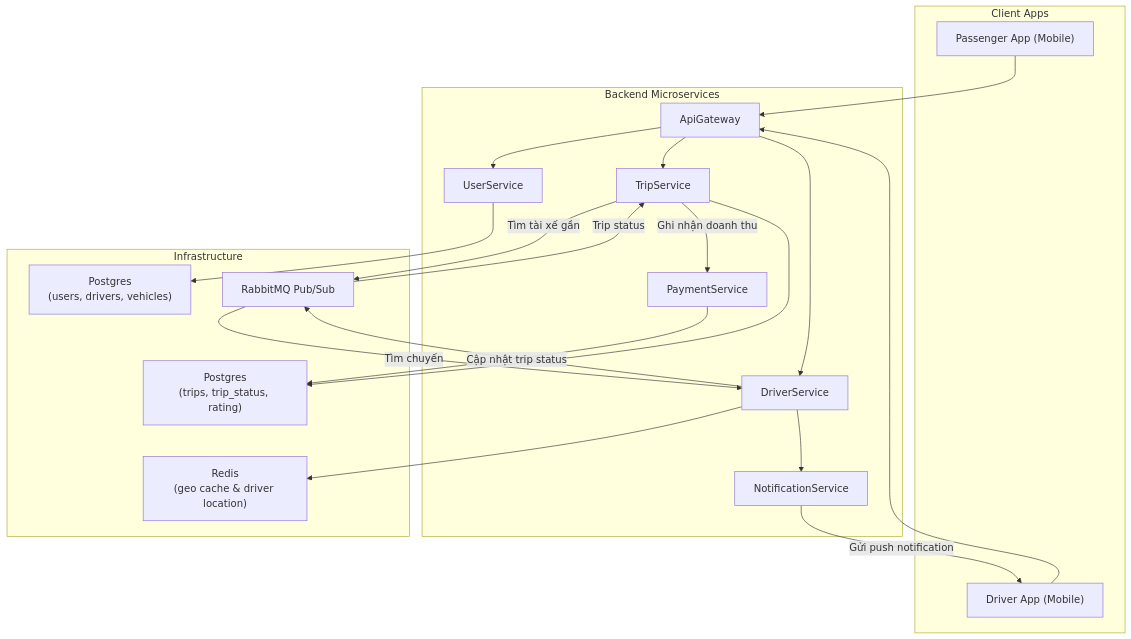
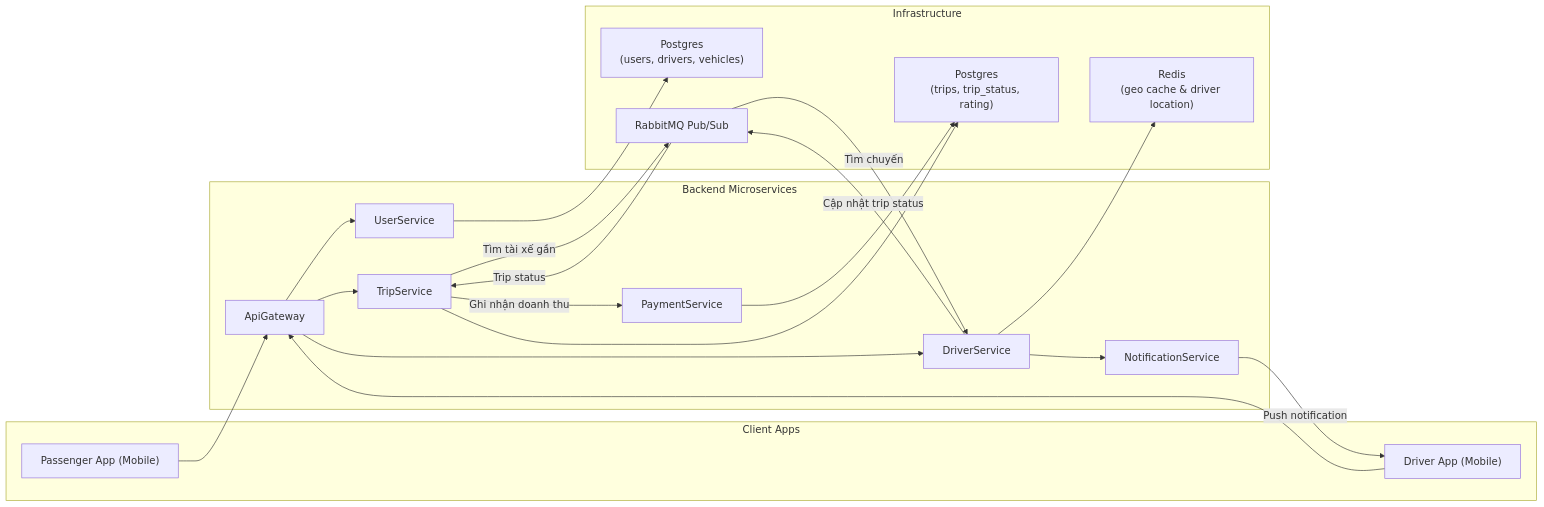
Before and after one commit to LeVanHuy84/uit-go-project: the diagram in ARCHITECTURE.md, drawn with Mermaid.

````diff
--- a/ARCHITECTURE.md
+++ b/ARCHITECTURE.md
@@ -63,58 +63,51 @@
 ```mermaid
-flowchart TD
-  %% =======================
+flowchart LR
   %% CLIENT LAYER
-  %% =======================
   subgraph Clients["Client Apps"]
     Passenger["Passenger App (Mobile)"]
     DriverApp["Driver App (Mobile)"]
   end
 
-  %% =======================
   %% SERVICE LAYER
-  %% =======================
   subgraph Services["Backend Microservices"]
     ApiGateway["ApiGateway"]
     UserSvc["UserService"]
+    TripSvc["TripService"]
     DriverSvc["DriverService"]
-    TripSvc["TripService"]
     NotificationSvc["NotificationService"]
     PaymentSvc["PaymentService"]
   end
 
-  %% =======================
-  %% INFRASTRUCTURE LAYER
-  %% =======================
+  %% INFRASTRUCTURE
   subgraph Infra["Infrastructure"]
     PostgresUser["Postgres<br/>(users, drivers, vehicles)"]
     PostgresTrip["Postgres<br/>(trips, trip_status, rating)"]
     RedisGeo["Redis<br/>(geo cache & driver location)"]
     MQ["RabbitMQ Pub/Sub"]
   end
 
-  %% =======================
-  %% RELATIONSHIPS
-  %% =======================
+  %% RELATIONS
   Passenger --> ApiGateway
   DriverApp --> ApiGateway
 
   ApiGateway --> UserSvc
   ApiGateway --> TripSvc
   ApiGateway --> DriverSvc
 
   TripSvc -->|Tìm tài xế gần| MQ
   MQ --> |Tìm chuyến| DriverSvc
   DriverSvc --> |Cập nhật trip status| MQ
   MQ --> |Trip status| TripSvc
 
   DriverSvc --> RedisGeo
   DriverSvc --> NotificationSvc
-  NotificationSvc -->|Gửi push notification| DriverApp
+  NotificationSvc -->|Push notification| DriverApp
 
   UserSvc --> PostgresUser
 
   TripSvc -->|Ghi nhận doanh thu| PaymentSvc
   PaymentSvc --> PostgresTrip
 
   TripSvc --> PostgresTrip
+
 ```
````
